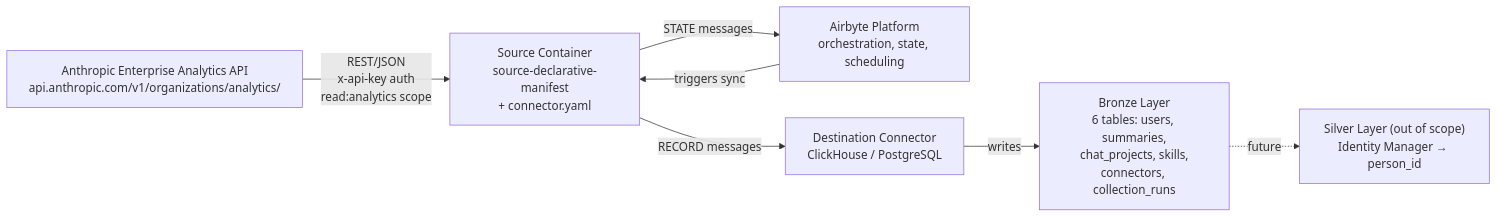
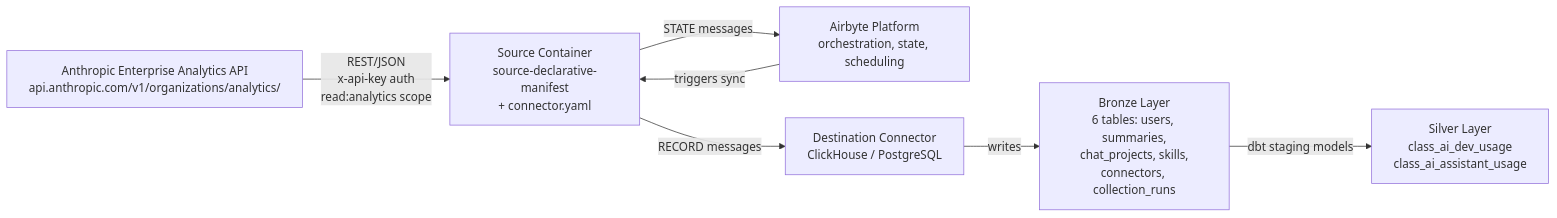
Before and after one commit to mozhaev-dev/insight: the first of 3 diagrams in docs/components/connectors/ai/claude-enterprise/specs/DESIGN.md, drawn with Mermaid. The commit also changed other lines of this file and 3 other files, not shown here.

````diff
--- a/docs/components/connectors/ai/claude-enterprise/specs/DESIGN.md
+++ b/docs/components/connectors/ai/claude-enterprise/specs/DESIGN.md
@@ -59,16 +59,16 @@
 ```mermaid
 graph LR
     AnthropicAPI["Anthropic Enterprise Analytics API<br/>api.anthropic.com/v1/organizations/analytics/"]
     SrcContainer["Source Container<br/>source-declarative-manifest<br/>+ connector.yaml"]
     Airbyte["Airbyte Platform<br/>orchestration, state, scheduling"]
     Dest["Destination Connector<br/>ClickHouse / PostgreSQL"]
     Bronze["Bronze Layer<br/>6 tables: users, summaries,<br/>chat_projects, skills,<br/>connectors, collection_runs"]
-    Silver["Silver Layer (out of scope)<br/>Identity Manager → person_id"]
+    Silver["Silver Layer<br/>class_ai_dev_usage<br/>class_ai_assistant_usage"]
 
     AnthropicAPI -->|"REST/JSON<br/>x-api-key auth<br/>read:analytics scope"| SrcContainer
     SrcContainer -->|"RECORD messages"| Dest
     SrcContainer -->|"STATE messages"| Airbyte
     Airbyte -->|"triggers sync"| SrcContainer
     Dest -->|"writes"| Bronze
-    Bronze -.->|"future"| Silver
+    Bronze -->|"dbt staging models"| Silver
 ```
````
